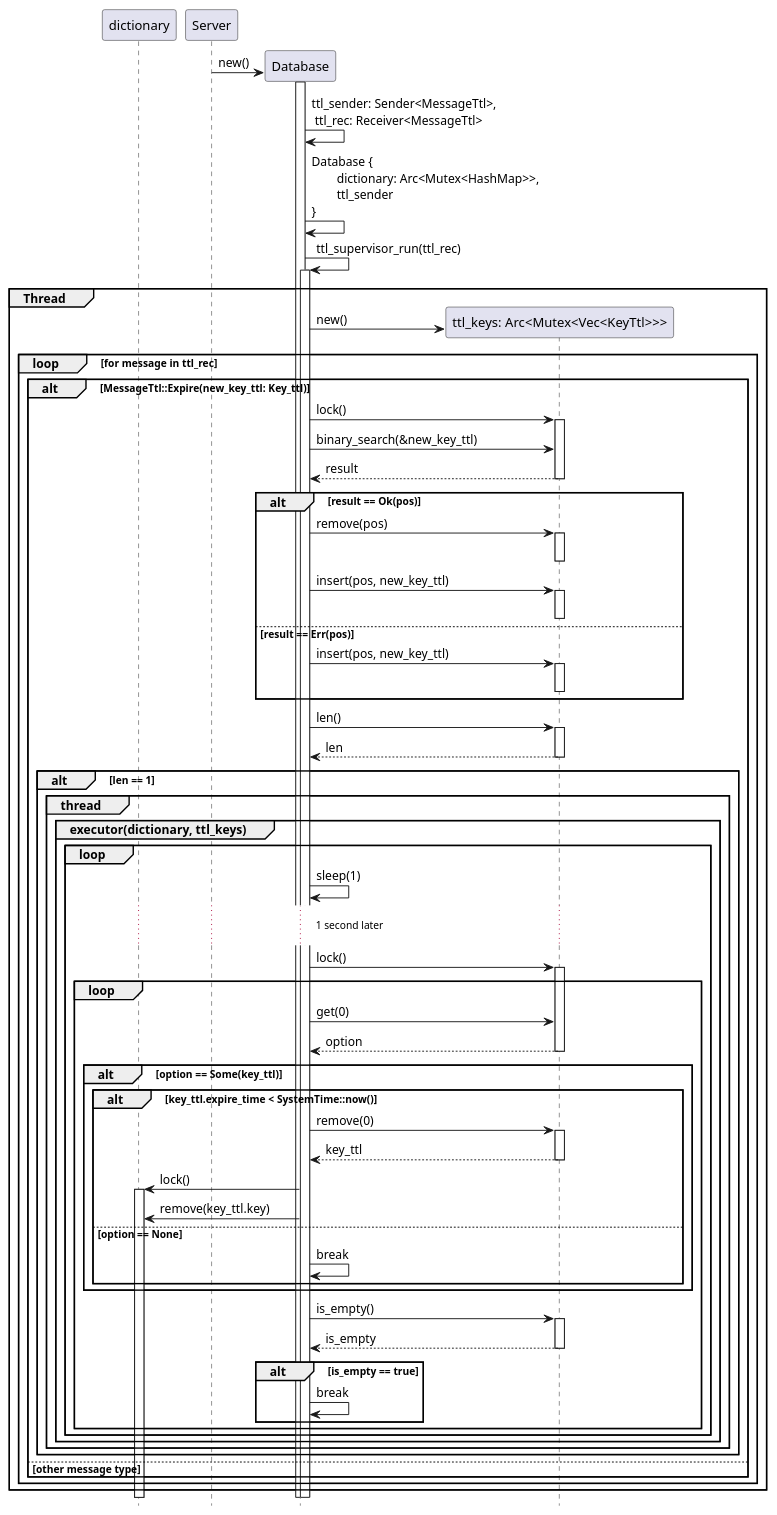
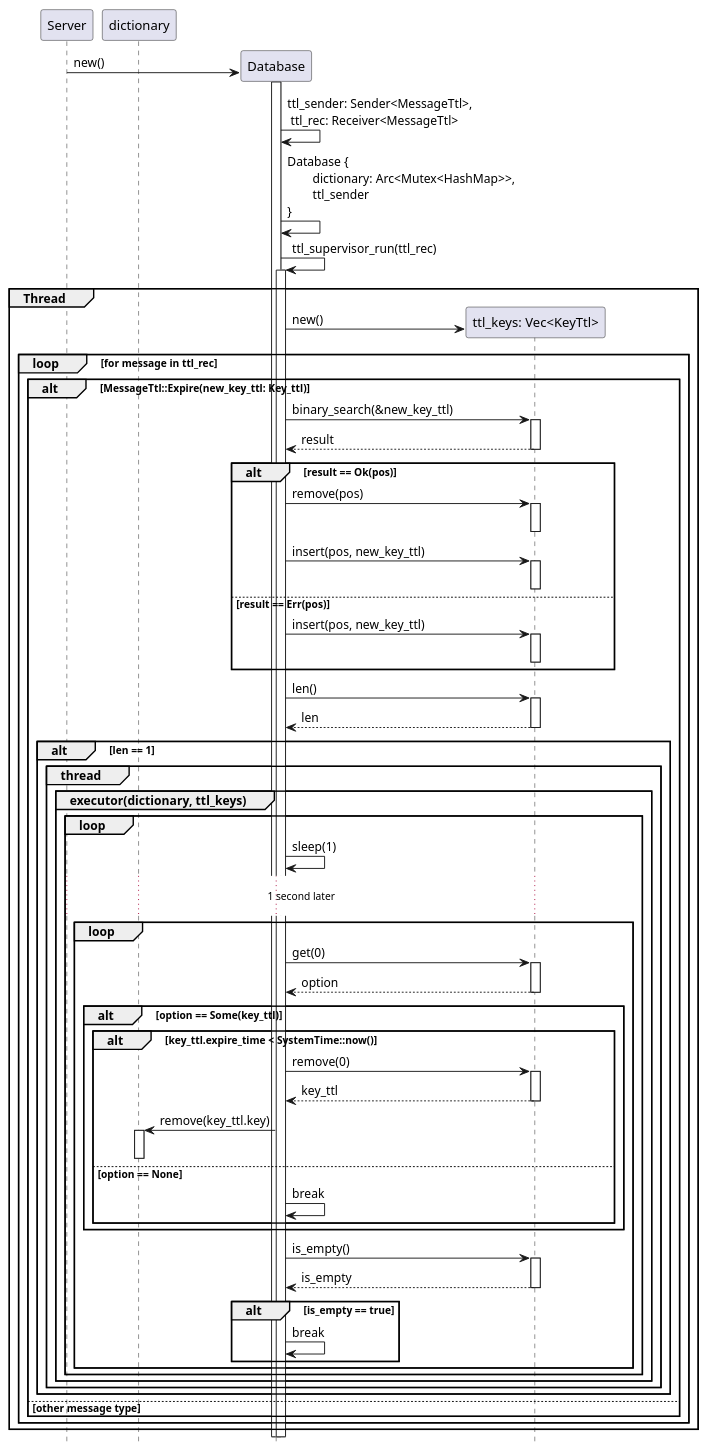
One commit to taller-1-fiuba-rust/21C1-OxidadosFC changed the diagram in src/Diagramas/database_init.puml. Above: the diagram before and after it, drawn with PlantUML.

Commit message:
expire diagram done

```diff
--- a/src/Diagramas/database_init.puml
+++ b/src/Diagramas/database_init.puml
@@ -1,73 +1,72 @@
 @startuml database init
 hide footbox
 
 participant Server order 10
 participant Database order 20
 
 Create Database
 Server -> Database++: new()
 
 Database -> Database: ttl_sender: Sender<MessageTtl>,\n ttl_rec: Receiver<MessageTtl>
 
 Database -> Database: Database {\n\tdictionary: Arc<Mutex<HashMap>>,\n\tttl_sender\n}
 Database -> Database ++: ttl_supervisor_run(ttl_rec)
 
 group Thread
-    participant ttl_keys as "ttl_keys: Arc<Mutex<Vec<KeyTtl>>>" order 25
+    participant ttl_keys as "ttl_keys: Vec<KeyTtl>" order 25
     create ttl_keys
     Database -> ttl_keys: new()
     loop for message in ttl_rec
         alt MessageTtl::Expire(new_key_ttl: Key_ttl)
-            Database -> ttl_keys++: lock()
-            Database -> ttl_keys: binary_search(&new_key_ttl)
+            Database -> ttl_keys++: binary_search(&new_key_ttl)
             return result
 
             alt result == Ok(pos)
                 Database -> ttl_keys ++: remove(pos)
                 deactivate
                 Database -> ttl_keys ++: insert(pos, new_key_ttl)
                 deactivate
             else result == Err(pos)
                 Database -> ttl_keys ++: insert(pos, new_key_ttl)
                 deactivate
             end
 
             Database -> ttl_keys ++: len()
             return len
 
             alt len == 1
                 group thread
                     group executor(dictionary, ttl_keys)
                         loop 
                             Database -> Database: sleep(1)
                             ...1 second later...
-                            Database -> ttl_keys ++: lock()
                             loop
-                                Database -> ttl_keys : get(0)
+                                Database -> ttl_keys++ : get(0)
                                 return option
                                 alt option == Some(key_ttl)
                                     alt key_ttl.expire_time < SystemTime::now() 
                                         Database -> ttl_keys ++: remove(0)
                                         return key_ttl
-                                        Database -> dictionary ++: lock()
-                                        Database -> dictionary: remove(key_ttl.key)
+                                        participant dictionary order 15
+                                        Database -> dictionary++: remove(key_ttl.key)
+                                        deactivate dictionary
                                     else option == None
                                         Database -> Database: break
                                     end
                                 end
                                 Database -> ttl_keys ++: is_empty()
                                 return is_empty
                                 alt is_empty == true
                                     Database -> Database: break
                                 end
                             end
                         end
                     end
                 end
             end
         else other message type
         end
     end
 end
 
 @enduml
```
